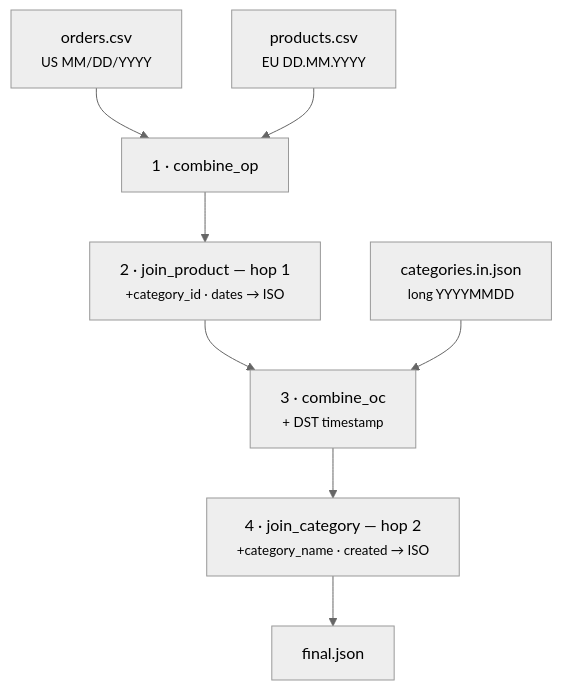
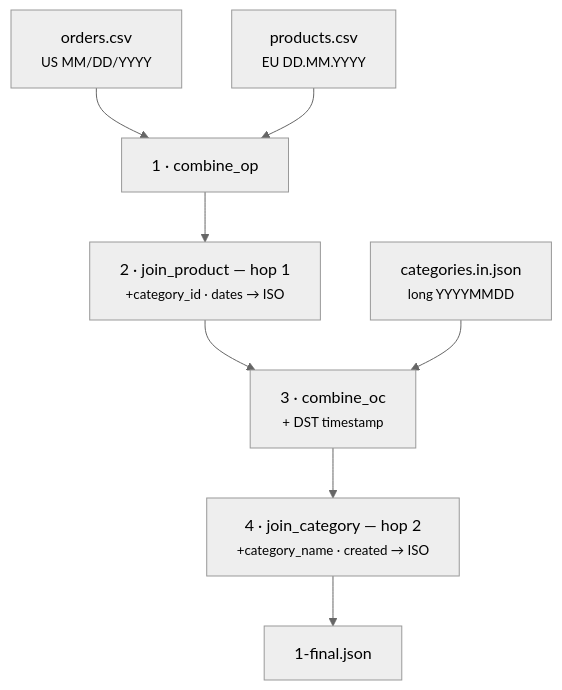
One commit to zaxified/bxp changed the diagram in docs/examples/advanced/multi-stage-etl/index.md. Above: the diagram before and after it, drawn with Mermaid (neutral theme). The commit also changed other lines of this file and 88 other files, not shown here.

````diff
--- a/docs/examples/advanced/multi-stage-etl/index.md
+++ b/docs/examples/advanced/multi-stage-etl/index.md
@@ -27,10 +27,10 @@
 ```mermaid
 flowchart TD
     O["orders.csv<br/><small>US MM/DD/YYYY</small>"] --> C1["1 · combine_op"]
     P["products.csv<br/><small>EU DD.MM.YYYY</small>"] --> C1
     C1 --> J1["2 · join_product — hop 1<br/><small>+category_id · dates → ISO</small>"]
     J1 --> C2["3 · combine_oc<br/><small>+ DST timestamp</small>"]
     CAT["categories.in.json<br/><small>long YYYYMMDD</small>"] --> C2
     C2 --> J2["4 · join_category — hop 2<br/><small>+category_name · created → ISO</small>"]
-    J2 --> R["final.json"]
+    J2 --> R["1-final.json"]
 ```
````
